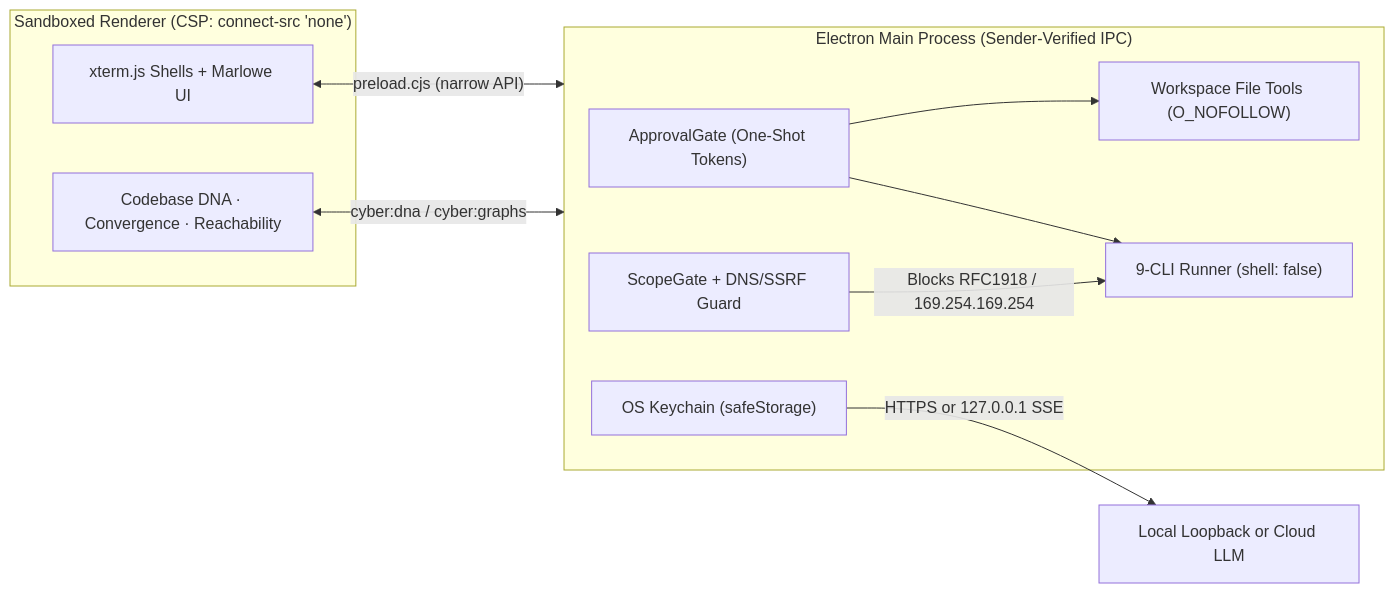
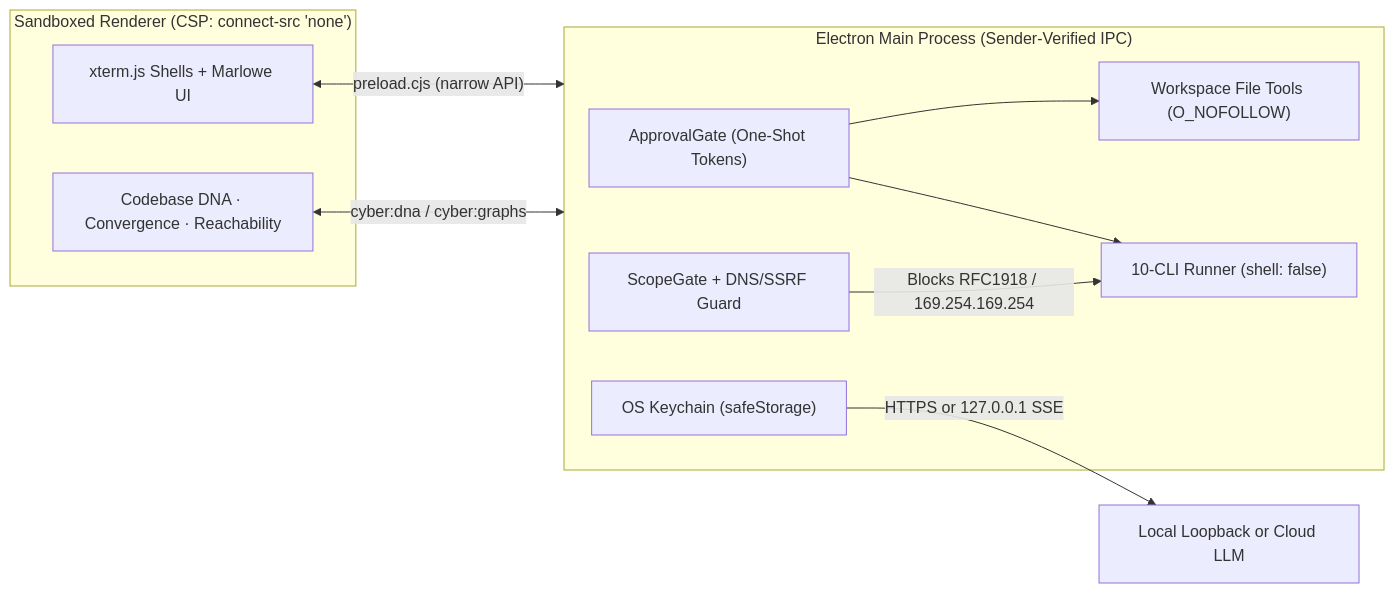
Before and after one commit to zerotheory-labs/marlowe: the diagram in README.md, drawn with Mermaid. The commit also changed other lines of this file and 10 other files, not shown here.

````diff
--- a/README.md
+++ b/README.md
@@ -150,22 +150,22 @@
 ```mermaid
 flowchart LR
   subgraph Renderer["Sandboxed Renderer (CSP: connect-src 'none')"]
     UI["xterm.js Shells + Marlowe UI"]
     VIZ["Codebase DNA · Convergence · Reachability"]
   end
 
   subgraph Host["Electron Main Process (Sender-Verified IPC)"]
     AG["ApprovalGate (One-Shot Tokens)"]
     SG["ScopeGate + DNS/SSRF Guard"]
     FT["Workspace File Tools (O_NOFOLLOW)"]
-    TC["9-CLI Runner (shell: false)"]
+    TC["10-CLI Runner (shell: false)"]
     KS["OS Keychain (safeStorage)"]
   end
 
   UI <-->|"preload.cjs (narrow API)"| Host
   VIZ <-->|"cyber:dna / cyber:graphs"| Host
   AG --> FT
   AG --> TC
   SG -->|"Blocks RFC1918 / 169.254.169.254"| TC
   KS -->|"HTTPS or 127.0.0.1 SSE"| LLM["Local Loopback or Cloud LLM"]
 ```
````
